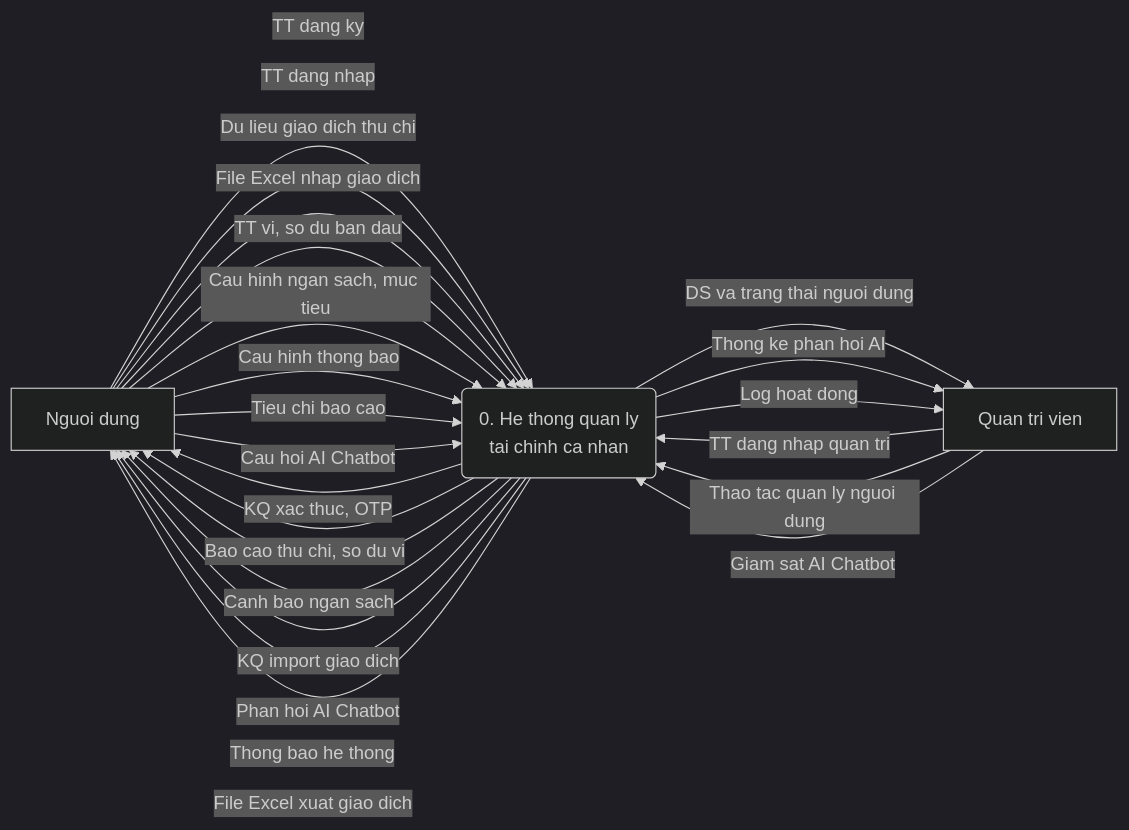
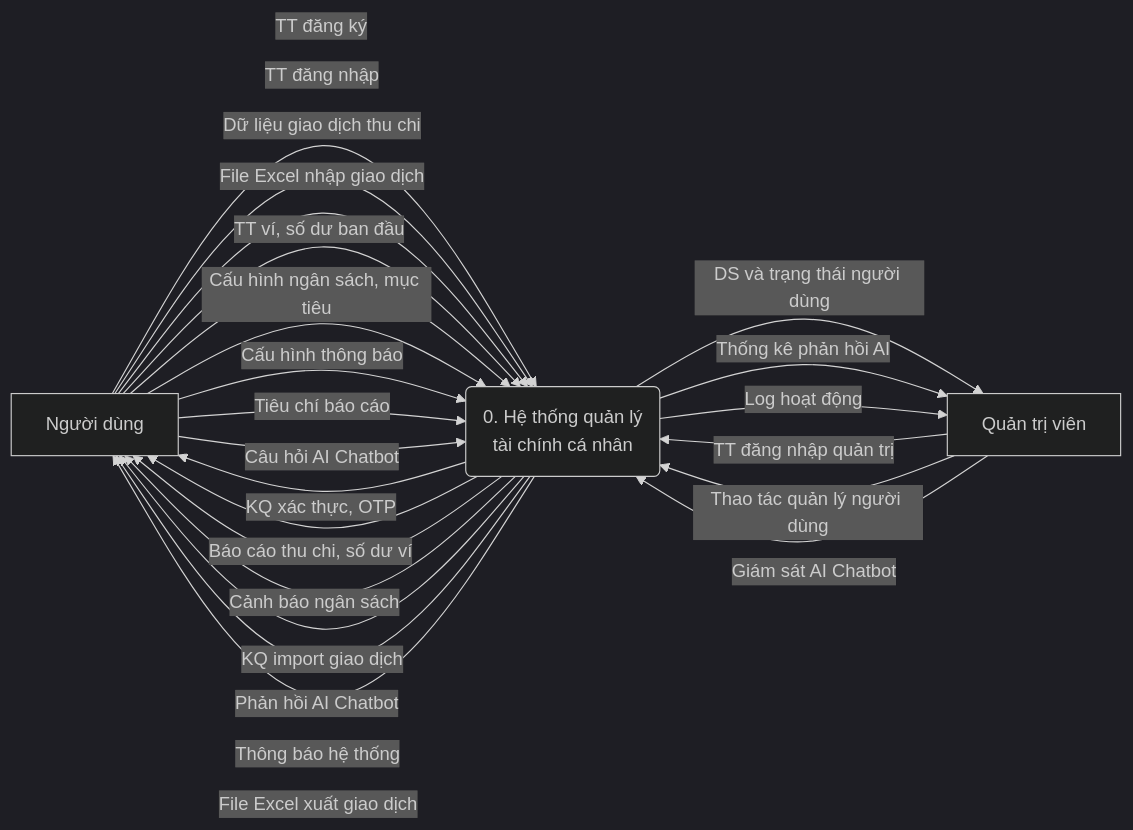
Before and after one commit to Hieu-vn/Graduation-Thesis: the first of 10 diagrams in DFD_Diagrams.md, drawn with Mermaid (dark theme). The commit also changed other lines of this file, not shown here.

Commit message:
docs: Update DFD diagrams in the graduation thesis documentation.

````diff
--- a/DFD_Diagrams.md
+++ b/DFD_Diagrams.md
@@ -24,32 +24,32 @@
 ```mermaid
 flowchart LR
-    ND["Nguoi dung"]
-    P0("0. He thong quan ly\ntai chinh ca nhan")
-    QT["Quan tri vien"]
+    ND["Người dùng"]
+    P0("0. Hệ thống quản lý<br/>tài chính cá nhân")
+    QT["Quản trị viên"]
 
-    ND -->|"TT dang ky"| P0
-    ND -->|"TT dang nhap"| P0
-    ND -->|"Du lieu giao dich thu chi"| P0
-    ND -->|"File Excel nhap giao dich"| P0
-    ND -->|"TT vi, so du ban dau"| P0
-    ND -->|"Cau hinh ngan sach, muc tieu"| P0
-    ND -->|"Cau hinh thong bao"| P0
-    ND -->|"Tieu chi bao cao"| P0
-    ND -->|"Cau hoi AI Chatbot"| P0
+    ND -->|"TT đăng ký"| P0
+    ND -->|"TT đăng nhập"| P0
+    ND -->|"Dữ liệu giao dịch thu chi"| P0
+    ND -->|"File Excel nhập giao dịch"| P0
+    ND -->|"TT ví, số dư ban đầu"| P0
+    ND -->|"Cấu hình ngân sách, mục tiêu"| P0
+    ND -->|"Cấu hình thông báo"| P0
+    ND -->|"Tiêu chí báo cáo"| P0
+    ND -->|"Câu hỏi AI Chatbot"| P0
 
-    P0 -->|"KQ xac thuc, OTP"| ND
-    P0 -->|"Bao cao thu chi, so du vi"| ND
-    P0 -->|"Canh bao ngan sach"| ND
-    P0 -->|"KQ import giao dich"| ND
-    P0 -->|"Phan hoi AI Chatbot"| ND
-    P0 -->|"Thong bao he thong"| ND
-    P0 -->|"File Excel xuat giao dich"| ND
+    P0 -->|"KQ xác thực, OTP"| ND
+    P0 -->|"Báo cáo thu chi, số dư ví"| ND
+    P0 -->|"Cảnh báo ngân sách"| ND
+    P0 -->|"KQ import giao dịch"| ND
+    P0 -->|"Phản hồi AI Chatbot"| ND
+    P0 -->|"Thông báo hệ thống"| ND
+    P0 -->|"File Excel xuất giao dịch"| ND
 
-    QT -->|"TT dang nhap quan tri"| P0
-    QT -->|"Thao tac quan ly nguoi dung"| P0
-    QT -->|"Giam sat AI Chatbot"| P0
+    QT -->|"TT đăng nhập quản trị"| P0
+    QT -->|"Thao tác quản lý người dùng"| P0
+    QT -->|"Giám sát AI Chatbot"| P0
 
-    P0 -->|"DS va trang thai nguoi dung"| QT
-    P0 -->|"Thong ke phan hoi AI"| QT
-    P0 -->|"Log hoat dong"| QT
+    P0 -->|"DS và trạng thái người dùng"| QT
+    P0 -->|"Thống kê phản hồi AI"| QT
+    P0 -->|"Log hoạt động"| QT
 ```
````
